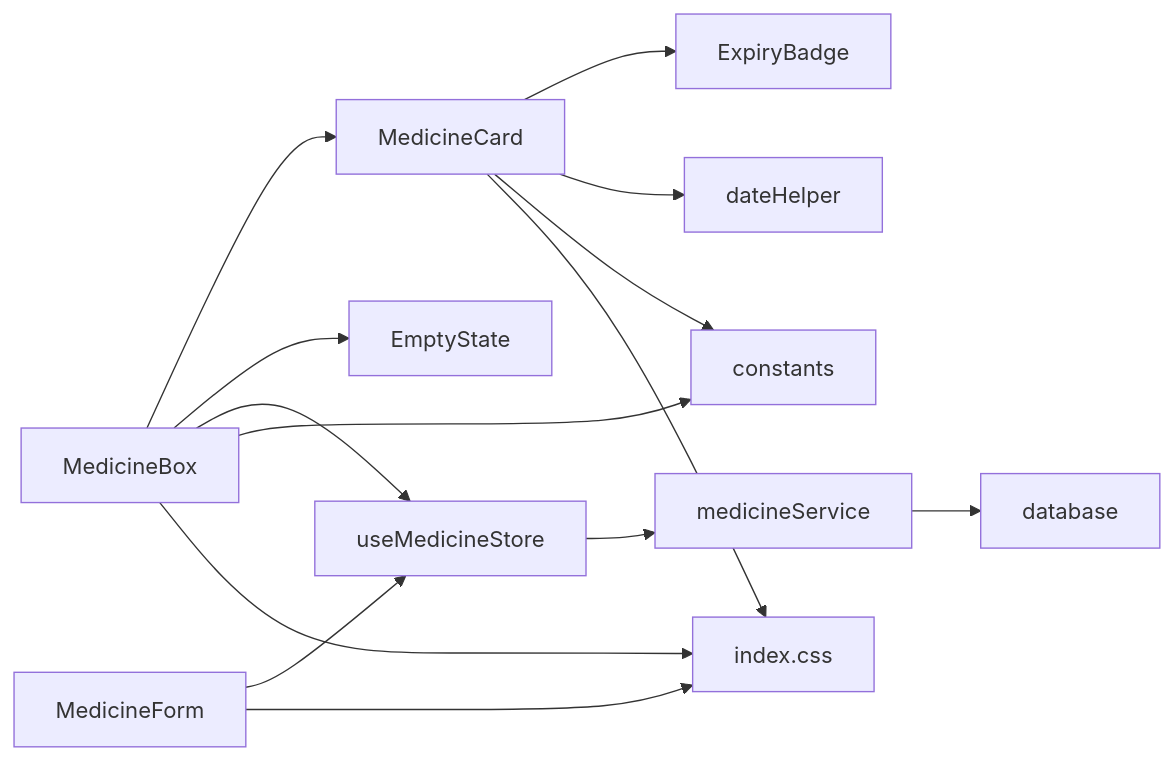
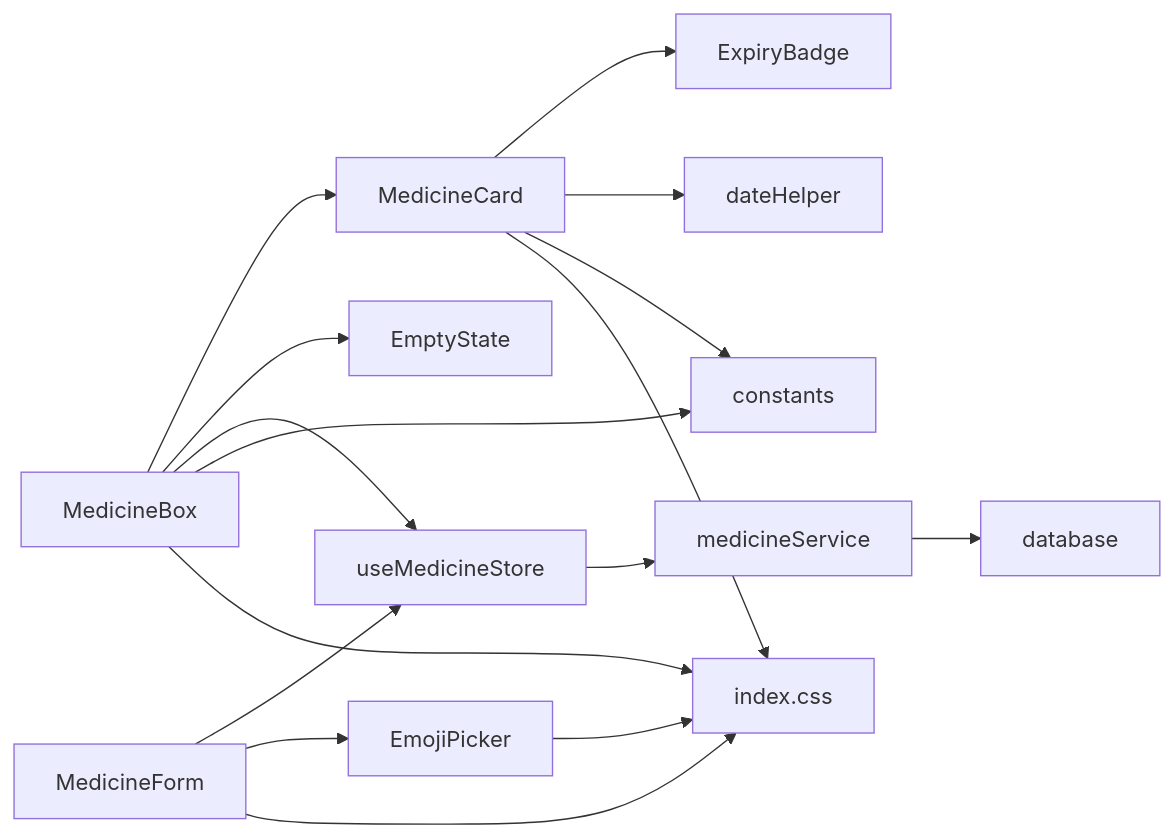
One commit to yn-zxj/Assetly changed the tenth of 10 diagrams in .qoder/repowiki/zh/content/项目概述/核心功能特性/药箱管理/药品列表管理.md. Above: the diagram before and after it, drawn with Mermaid. The commit also changed other lines of this file and 9 other files, not shown here.

````diff
--- a/.qoder/repowiki/zh/content/项目概述/核心功能特性/药箱管理/药品列表管理.md
+++ b/.qoder/repowiki/zh/content/项目概述/核心功能特性/药箱管理/药品列表管理.md
@@ -440,16 +493,18 @@
 ```mermaid
 graph LR
 MB["MedicineBox"] --> MC["MedicineCard"]
 MB --> ES["EmptyState"]
 MC --> EB["ExpiryBadge"]
 MC --> DH["dateHelper"]
 MB --> UMS["useMedicineStore"]
 MF["MedicineForm"] --> UMS
+MF --> EP["EmojiPicker"]
 UMS --> MS["medicineService"]
 MS --> DB["database"]
 MC --> CT["constants"]
 MB --> CT
 MC --> CSS["index.css"]
 MB --> CSS
 MF --> CSS
+EP --> CSS
 ```
````
